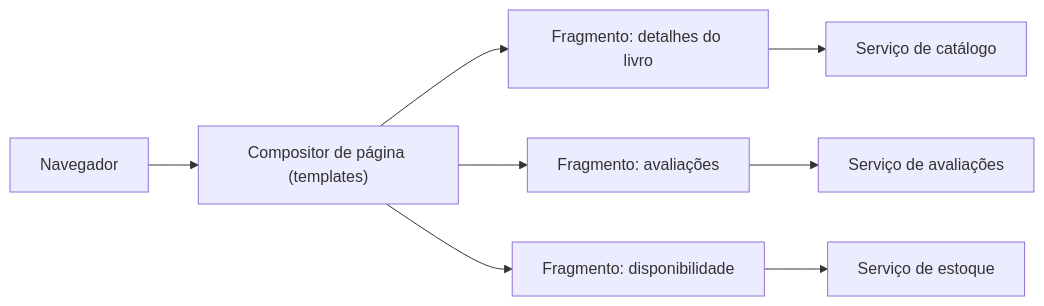
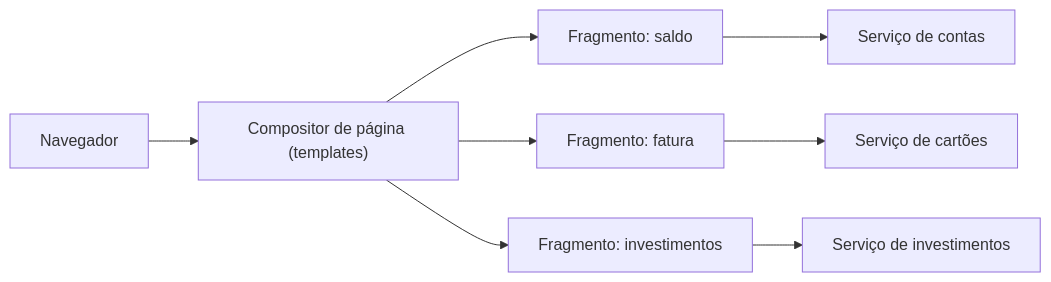
Before and after one commit to alancesar/design-patterns: the diagram in docs/architecture/microservices/ui-design/server-side-page-fragment-composition.md, drawn with Mermaid. The commit also changed other lines of this file and 27 other files, not shown here.

Commit message:
Switch microservices concrete diagrams to fintech scenarios

````diff
--- a/docs/architecture/microservices/ui-design/server-side-page-fragment-composition.md
+++ b/docs/architecture/microservices/ui-design/server-side-page-fragment-composition.md
@@ -52,10 +52,10 @@
 ```mermaid
 flowchart LR
     N[Navegador] --> P["Compositor de página (templates)"]
-    P --> F1["Fragmento: detalhes do livro"]
-    P --> F2["Fragmento: avaliações"]
-    P --> F3["Fragmento: disponibilidade"]
-    F1 --> S1[Serviço de catálogo]
-    F2 --> S2[Serviço de avaliações]
-    F3 --> S3[Serviço de estoque]
+    P --> F1["Fragmento: saldo"]
+    P --> F2["Fragmento: fatura"]
+    P --> F3["Fragmento: investimentos"]
+    F1 --> S1[Serviço de contas]
+    F2 --> S2[Serviço de cartões]
+    F3 --> S3[Serviço de investimentos]
 ```
````
